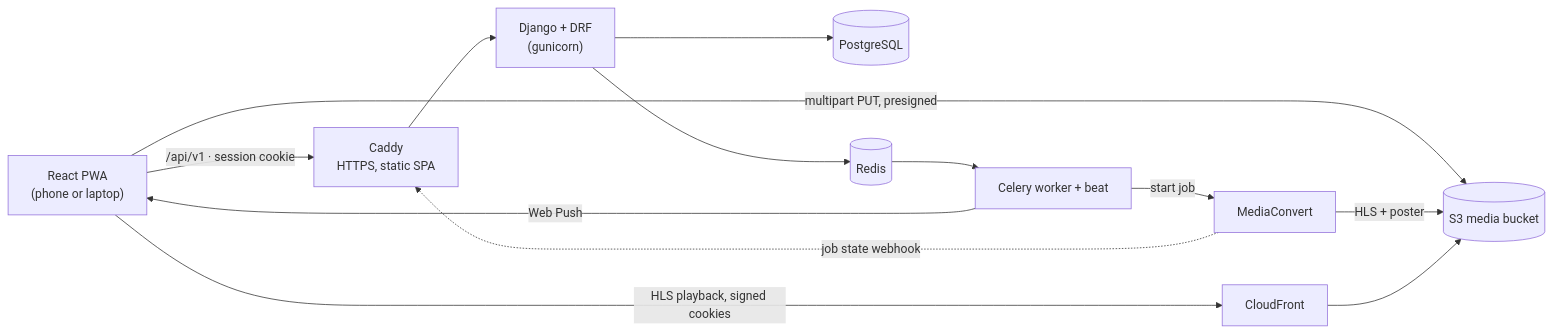
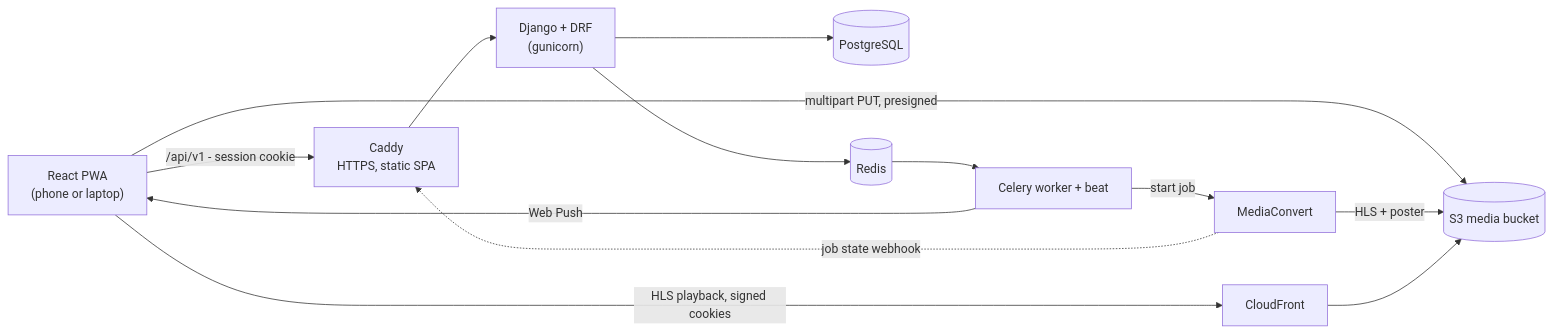
The diagram in docs/architecture/overview.md (Georg1703/crew-challenge), drawn with Mermaid before and after one commit. The commit also changed 16 other files, not shown here.

````diff
--- a/docs/architecture/overview.md
+++ b/docs/architecture/overview.md
@@ -13,15 +13,15 @@
 ```mermaid
 flowchart LR
-  PWA["React PWA<br/>(phone or laptop)"] -->|"/api/v1 · session cookie"| CADDY["Caddy<br/>HTTPS, static SPA"]
+  PWA["React PWA<br/>(phone or laptop)"] -->|"/api/v1 - session cookie"| CADDY["Caddy<br/>HTTPS, static SPA"]
   CADDY --> DJ["Django + DRF<br/>(gunicorn)"]
   DJ --> PG[("PostgreSQL")]
   DJ --> RD[("Redis")]
   RD --> CW["Celery worker + beat"]
   PWA -->|"multipart PUT, presigned"| S3[("S3 media bucket")]
   CW -->|"start job"| MC["MediaConvert"]
   MC -->|"HLS + poster"| S3
   MC -.->|"job state webhook"| CADDY
   PWA -->|"HLS playback, signed cookies"| CF["CloudFront"]
   CF --> S3
   CW -->|"Web Push"| PWA
 ```
````
